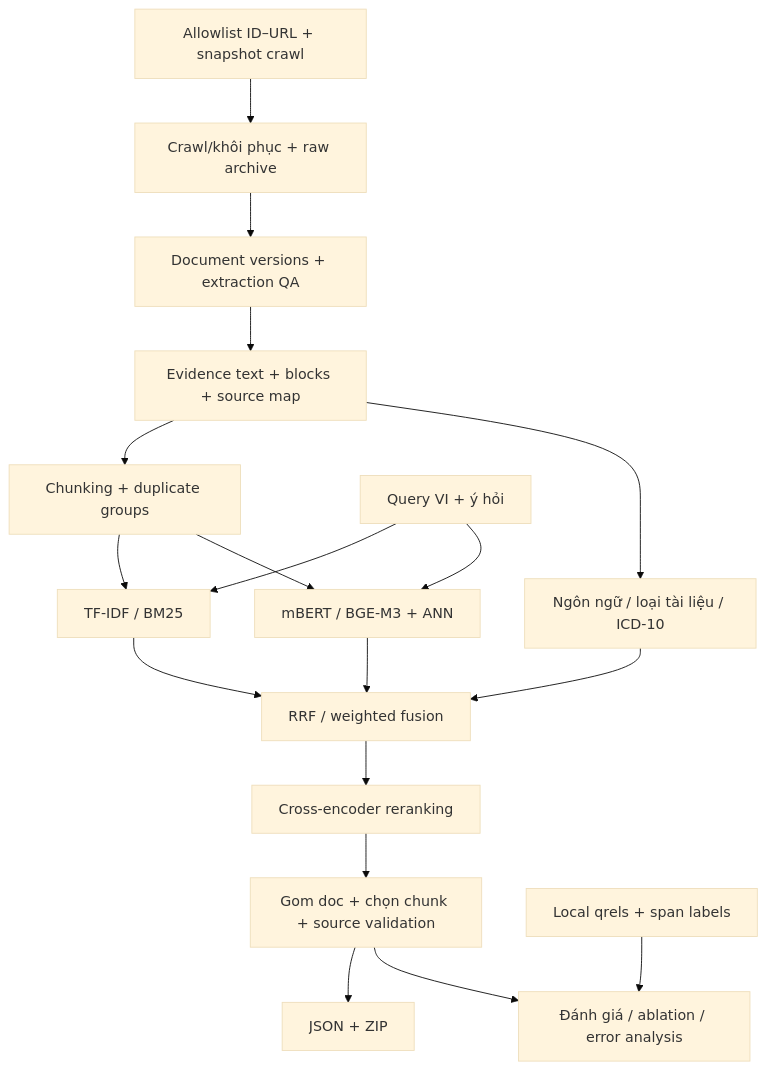
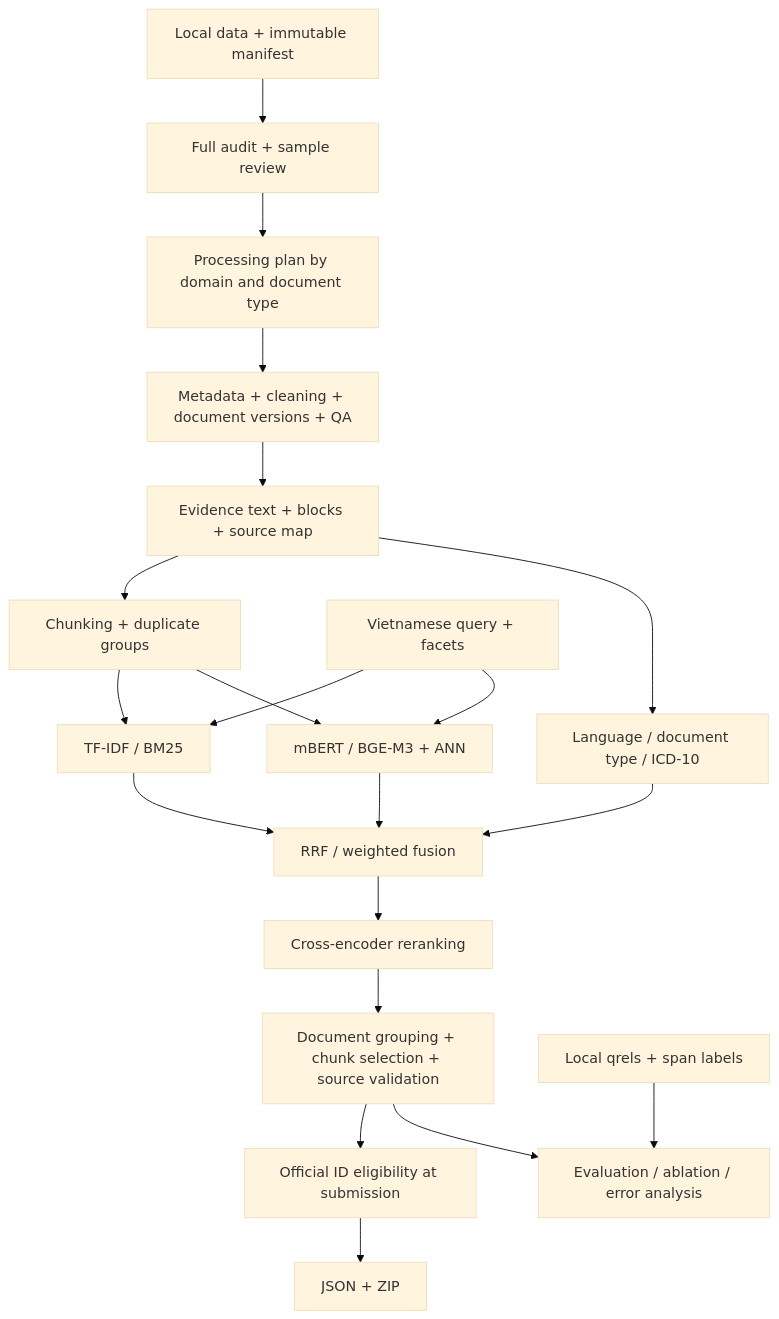
Before and after one commit to Kyoyooo/ViBioMIR: the diagram in docs/SPEC_DRIVEN_DEVELOPMENT_VIBIOMIR.md, drawn with Mermaid (base theme). The commit also changed other lines of this file, not shown here.

First line of the commit message:
docs(spec): define audited corpus processing and retrieval stages

````diff
--- a/docs/SPEC_DRIVEN_DEVELOPMENT_VIBIOMIR.md
+++ b/docs/SPEC_DRIVEN_DEVELOPMENT_VIBIOMIR.md
@@ -254,20 +354,22 @@
 ```mermaid
 flowchart TD
-    U[Allowlist ID–URL + snapshot crawl] --> C[Crawl/khôi phục + raw archive]
-    C --> D[Document versions + extraction QA]
+    U[Local data + immutable manifest] --> C[Full audit + sample review]
+    C --> W[Processing plan by domain and document type]
+    W --> D[Metadata + cleaning + document versions + QA]
     D --> E[Evidence text + blocks + source map]
     E --> K[Chunking + duplicate groups]
-    E --> T[Ngôn ngữ / loại tài liệu / ICD-10]
+    E --> T[Language / document type / ICD-10]
     K --> L[TF-IDF / BM25]
     K --> V[mBERT / BGE-M3 + ANN]
-    Q[Query VI + ý hỏi] --> L
+    Q[Vietnamese query + facets] --> L
     Q --> V
     L --> F[RRF / weighted fusion]
     V --> F
     T --> F
     F --> R[Cross-encoder reranking]
-    R --> P[Gom doc + chọn chunk + source validation]
-    P --> J[JSON + ZIP]
-    G[Local qrels + span labels] --> X[Đánh giá / ablation / error analysis]
+    R --> P[Document grouping + chunk selection + source validation]
+    P --> H[Official ID eligibility at submission]
+    H --> J[JSON + ZIP]
+    G[Local qrels + span labels] --> X[Evaluation / ablation / error analysis]
     P --> X
 ```
````
